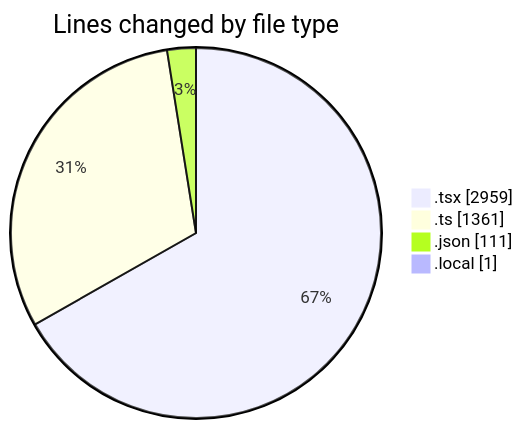
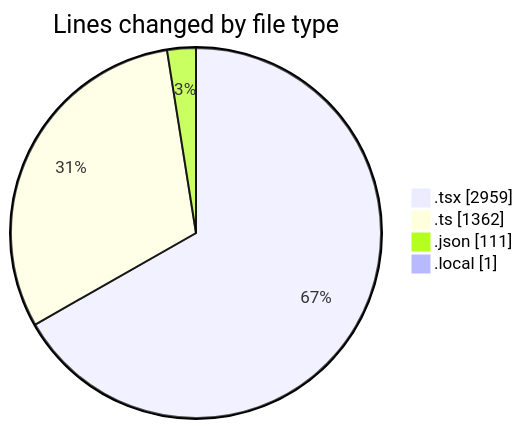
One commit to julien-gomy/code-tracking changed the first of 2 diagrams in 2025-11-08/eventscop-frontend-guide__workspace_/README.md. Above: the diagram before and after it, drawn with Mermaid. The commit also changed other lines of this file and 1 other file, not shown here.

````diff
--- a/2025-11-08/eventscop-frontend-guide__workspace_/README.md
+++ b/2025-11-08/eventscop-frontend-guide__workspace_/README.md
@@ -60,8 +60,8 @@
 ```mermaid
 pie showData
 title Lines changed by file type
 ".tsx" : 2959
-".ts" : 1361
+".ts" : 1362
 ".json" : 111
 ".local" : 1
 ```
````
